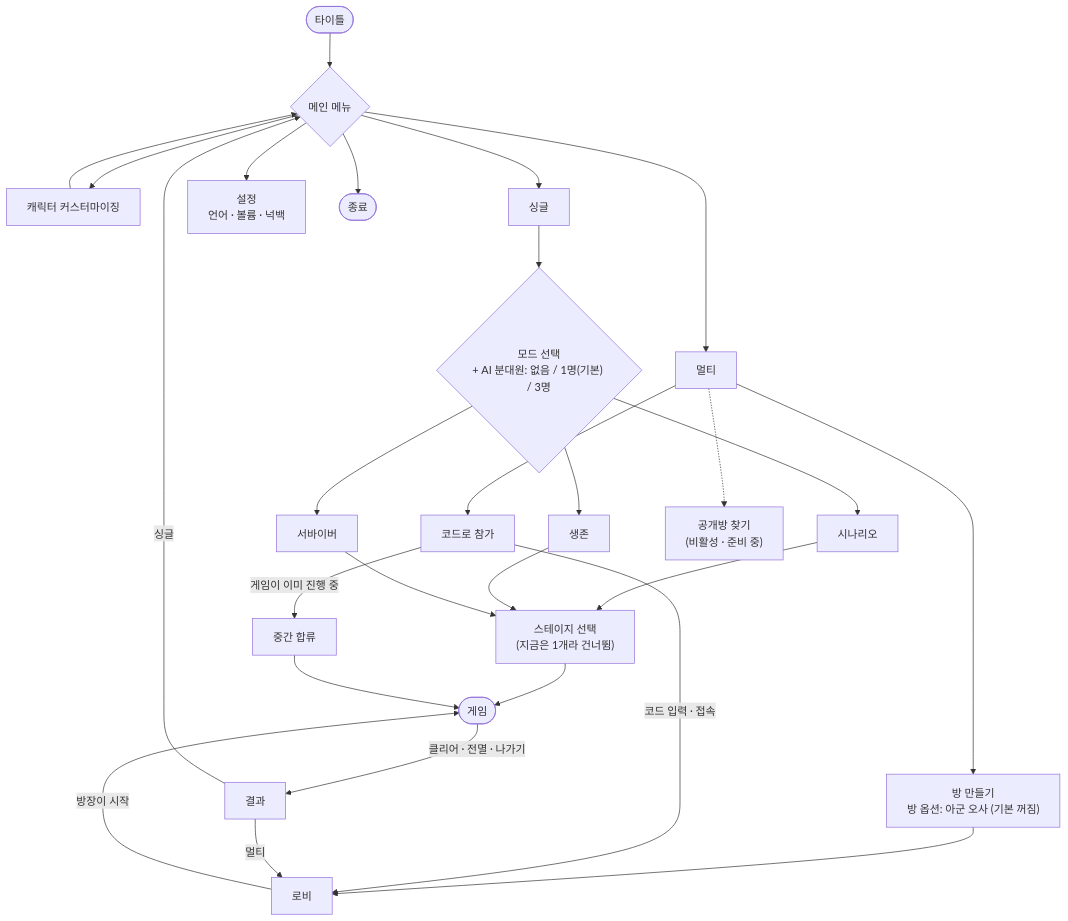
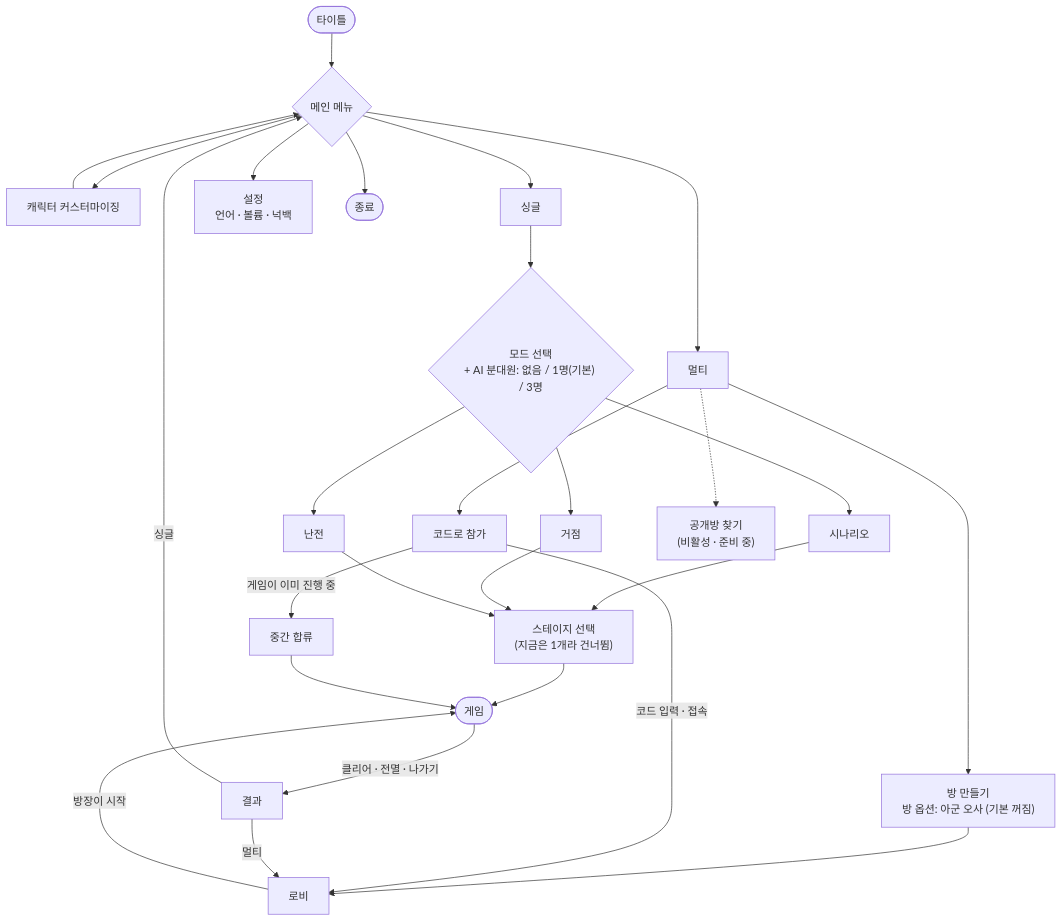
The first of 4 diagrams in doc/menu-multiplayer-plan.md (minidice/game-plushpanic-hordeshooter), drawn with Mermaid before and after one commit. The commit also changed other lines of this file and 41 other files, not shown here.

````diff
--- a/doc/menu-multiplayer-plan.md
+++ b/doc/menu-multiplayer-plan.md
@@ -11,33 +11,33 @@
 ```mermaid
 flowchart TD
     Title([타이틀]) --> Main{메인 메뉴}
 
     Main --> Custom[캐릭터 커스터마이징]
     Main --> Single[싱글]
     Main --> Multi[멀티]
     Main --> Settings[설정<br/>언어 · 볼륨 · 넉백]
     Main --> Quit([종료])
 
     Custom --> Main
 
     Single --> SMode{"모드 선택<br/>+ AI 분대원: 없음 / 1명(기본) / 3명"}
     SMode --> Scenario[시나리오]
-    SMode --> Survival[생존]
-    SMode --> Survivor[서바이버]
+    SMode --> Survival[거점]
+    SMode --> Survivor[난전]
     Scenario & Survival & Survivor --> SStage["스테이지 선택<br/>(지금은 1개라 건너뜀)"]
     SStage --> Game([게임])
 
     Multi --> Host["방 만들기<br/>방 옵션: 아군 오사 (기본 꺼짐)"]
     Multi --> Join[코드로 참가]
     Multi -.-> Public["공개방 찾기<br/>(비활성 · 준비 중)"]
 
     Host --> Lobby[로비]
     Join -->|코드 입력 · 접속| Lobby
     Join -->|게임이 이미 진행 중| MidJoin[중간 합류]
     MidJoin --> Game
     Lobby -->|방장이 시작| Game
 
     Game -->|클리어 · 전멸 · 나가기| Result[결과]
     Result -->|싱글| Main
     Result -->|멀티| Lobby
 ```
````
